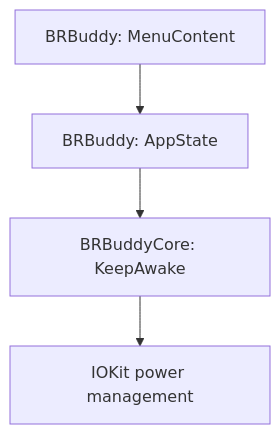
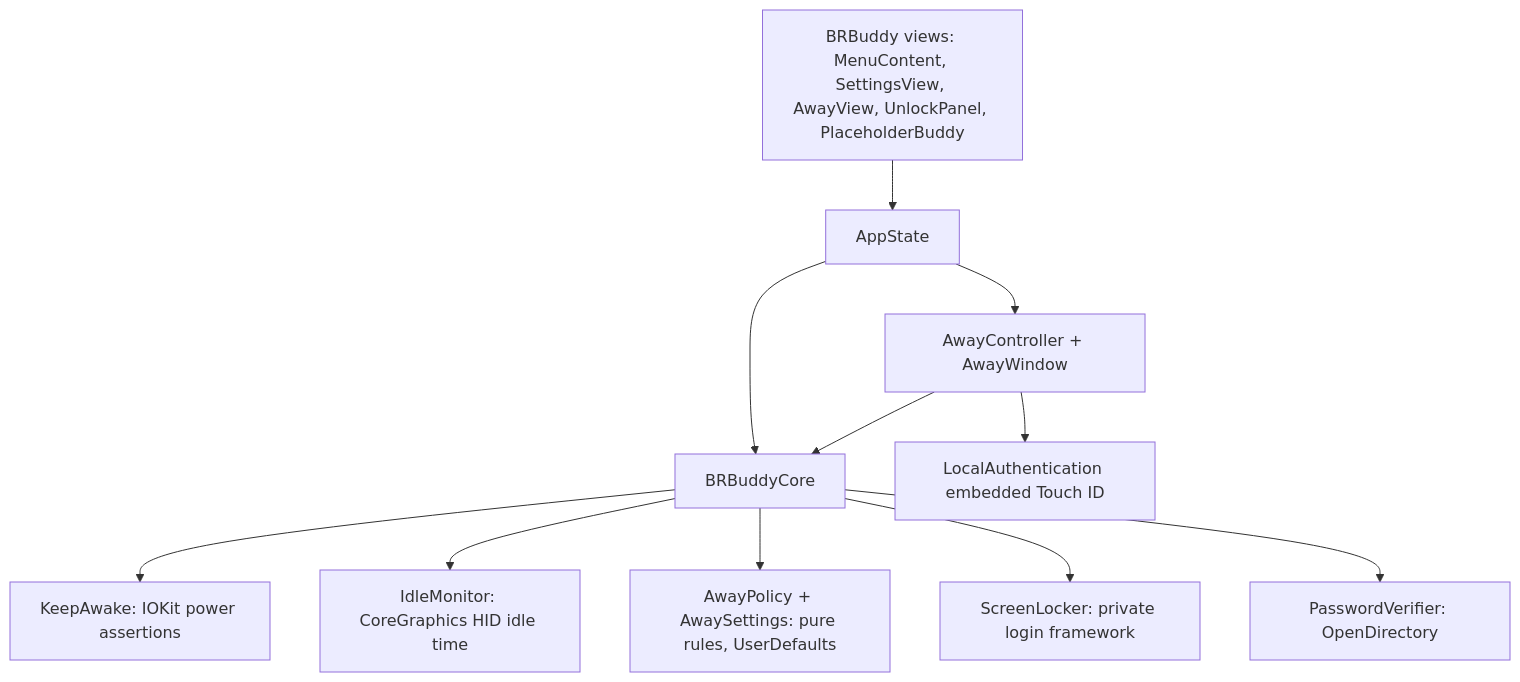
The second of 2 diagrams in docs/architecture/README.md (dhaataalimited-hub/brbuddy), drawn with Mermaid before and after one commit. The commit also changed other lines of this file and 24 other files, not shown here.

First line of the commit message:
Phase 1: BRB away screen with Touch ID unlock, auto-start and real-lock hand-off

````diff
--- a/docs/architecture/README.md
+++ b/docs/architecture/README.md
@@ -29,6 +37,13 @@
 ```mermaid
 flowchart TD
-  Views[BRBuddy: MenuContent] --> State[BRBuddy: AppState]
-  State --> Core[BRBuddyCore: KeepAwake]
-  Core --> IOKit[IOKit power management]
+  Views[BRBuddy views: MenuContent, SettingsView, AwayView, UnlockPanel, PlaceholderBuddy] --> State[AppState]
+  State --> Away[AwayController + AwayWindow]
+  State --> Core[BRBuddyCore]
+  Away --> Core
+  Core --> KA[KeepAwake: IOKit power assertions]
+  Core --> Idle[IdleMonitor: CoreGraphics HID idle time]
+  Core --> Policy[AwayPolicy + AwaySettings: pure rules, UserDefaults]
+  Core --> Lock[ScreenLocker: private login framework]
+  Core --> PW[PasswordVerifier: OpenDirectory]
+  Away --> LA[LocalAuthentication embedded Touch ID]
 ```
````
